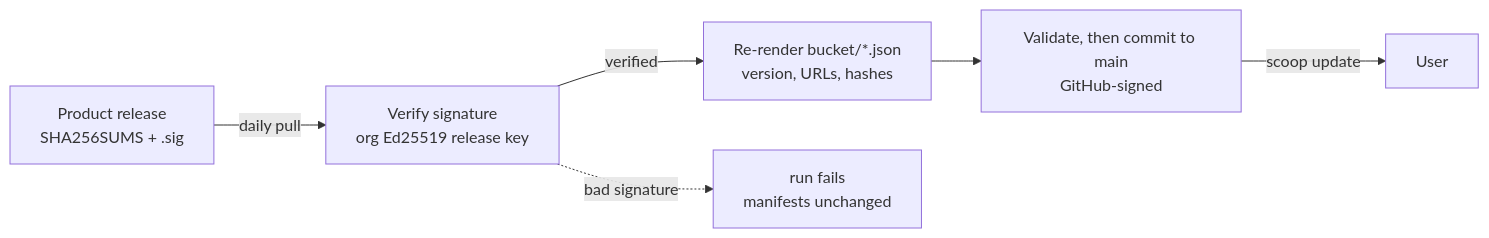
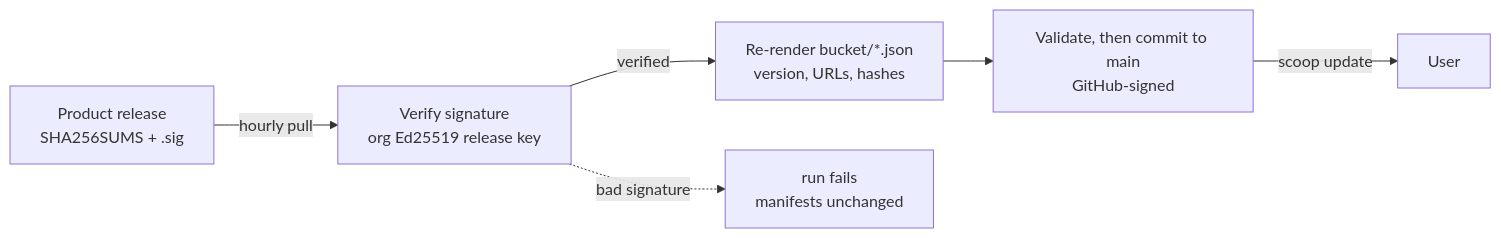
Before and after one commit to Glyndor/scoop-bucket: the diagram in README.md, drawn with Mermaid. The commit also changed 1 other file, not shown here.

Commit message:
docs: say hourly where the update cron is hourly (#127)
## Problem

`update.yml` runs `30 * * * *` since 2026-08-29, and two places still
described the old cadence: the README mermaid edge (`daily pull`) and
the CONTRIBUTING table (`the daily regeneration`). The same table named
a `PRODUCTS/README/... drift` comparison that
`scripts/check-products-consistent.sh` deliberately stopped doing on
2026-08-26 (its own header says so), so a contributor reading the table
would look for a red check that no longer exists.

## Change

Three words: `hourly pull`, `the hourly regeneration`, and the drift
entry names the two sources the script still compares.

## Test plan

Docs only; nothing executes these lines. Measured against the workflow
with `grep -n cron .github/workflows/update.yml`.

````diff
--- a/README.md
+++ b/README.md
@@ -52,8 +52,8 @@
 ```mermaid
 flowchart LR
-  R["Product release<br/>SHA256SUMS + .sig"] -->|daily pull| V["Verify signature<br/>org Ed25519 release key"]
+  R["Product release<br/>SHA256SUMS + .sig"] -->|hourly pull| V["Verify signature<br/>org Ed25519 release key"]
   V -->|verified| G["Re-render bucket/*.json<br/>version, URLs, hashes"]
   G --> C["Validate, then commit to main<br/>GitHub-signed"]
   C -->|scoop update| U["User"]
   V -.->|bad signature| X["run fails<br/>manifests unchanged"]
 ```
````
